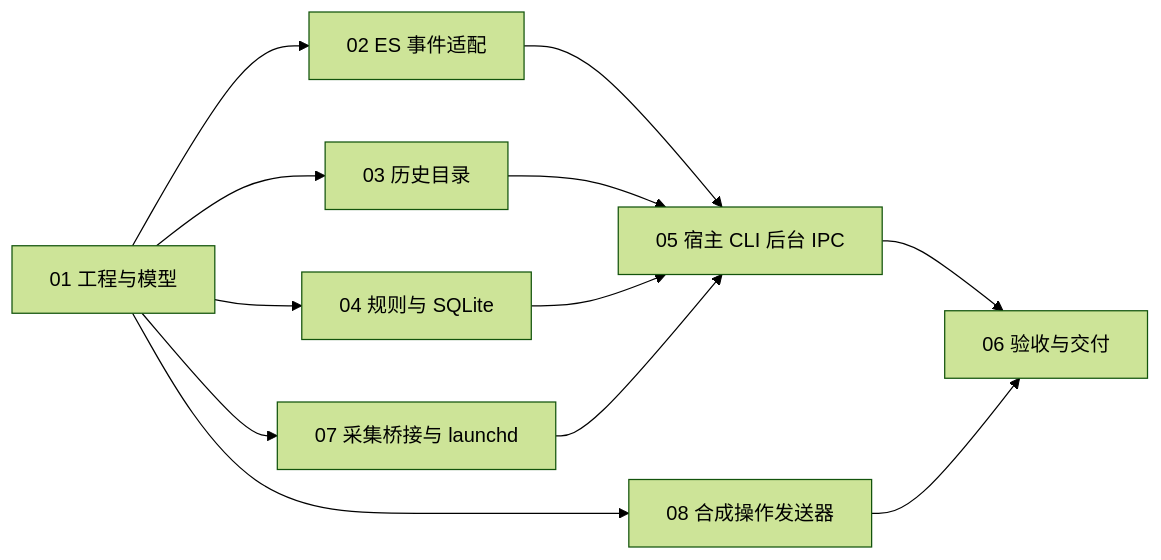
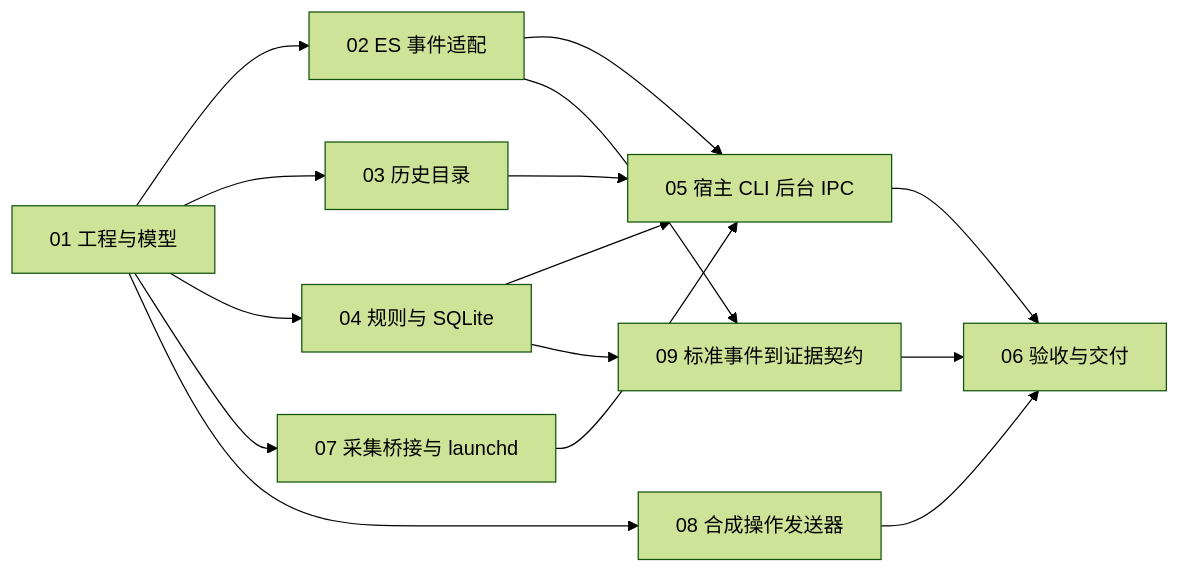
The diagram in .scratch/activity-monitor-mvp/implementation-contract.md (lolipop-1x1/CodePerimeter), drawn with Mermaid (forest theme) before and after one commit. The commit also changed other lines of this file and 2 other files, not shown here.

Commit message:
test: define cross-module evidence contract task

````diff
--- a/.scratch/activity-monitor-mvp/implementation-contract.md
+++ b/.scratch/activity-monitor-mvp/implementation-contract.md
@@ -8,14 +8,17 @@
 ```mermaid
 flowchart LR
   T01[01 工程与模型] --> T02[02 ES 事件适配]
   T01 --> T03[03 历史目录]
   T01 --> T04[04 规则与 SQLite]
   T01 --> T07[07 采集桥接与 launchd]
   T01 --> T08[08 合成操作发送器]
   T02 --> T05[05 宿主 CLI 后台 IPC]
   T03 --> T05
   T04 --> T05
   T07 --> T05
   T05 --> T06[06 验收与交付]
   T08 --> T06
+  T02 --> T09[09 标准事件到证据契约]
+  T04 --> T09
+  T09 --> T06
 ```
````
